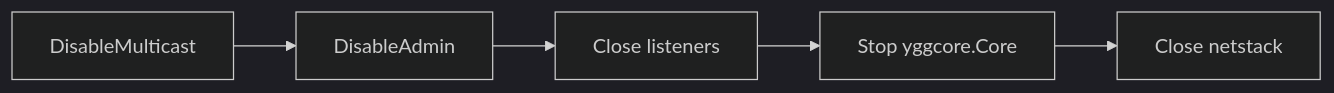
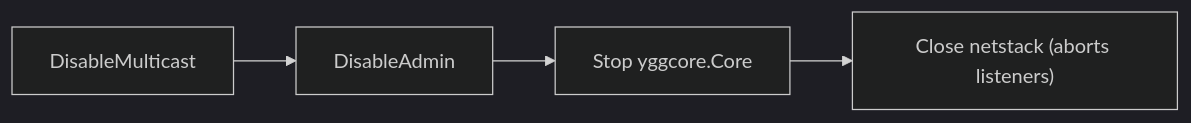
The second of 2 diagrams in mod/core/README.md (voluminor/ratatoskr), drawn with Mermaid (dark theme) before and after one commit. The commit also changed other lines of this file and 69 other files, not shown here.

````diff
--- a/mod/core/README.md
+++ b/mod/core/README.md
@@ -182,7 +182,6 @@
 ```mermaid
 flowchart LR
     A["DisableMulticast"] --> B["DisableAdmin"]
-    B --> C["Close listeners"]
-    C --> D["Stop yggcore.Core"]
-    D --> E["Close netstack"]
+  B --> D["Stop yggcore.Core"]
+  D --> E["Close netstack (aborts listeners)"]
 ```
````
